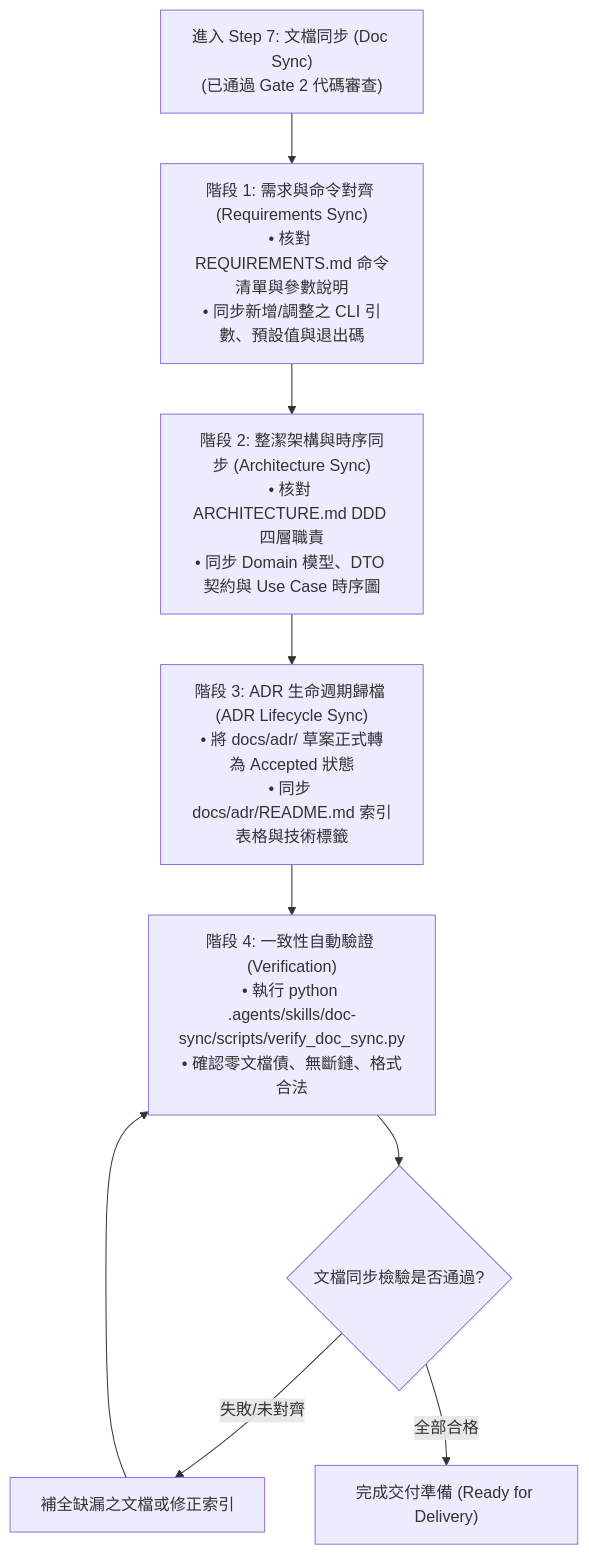
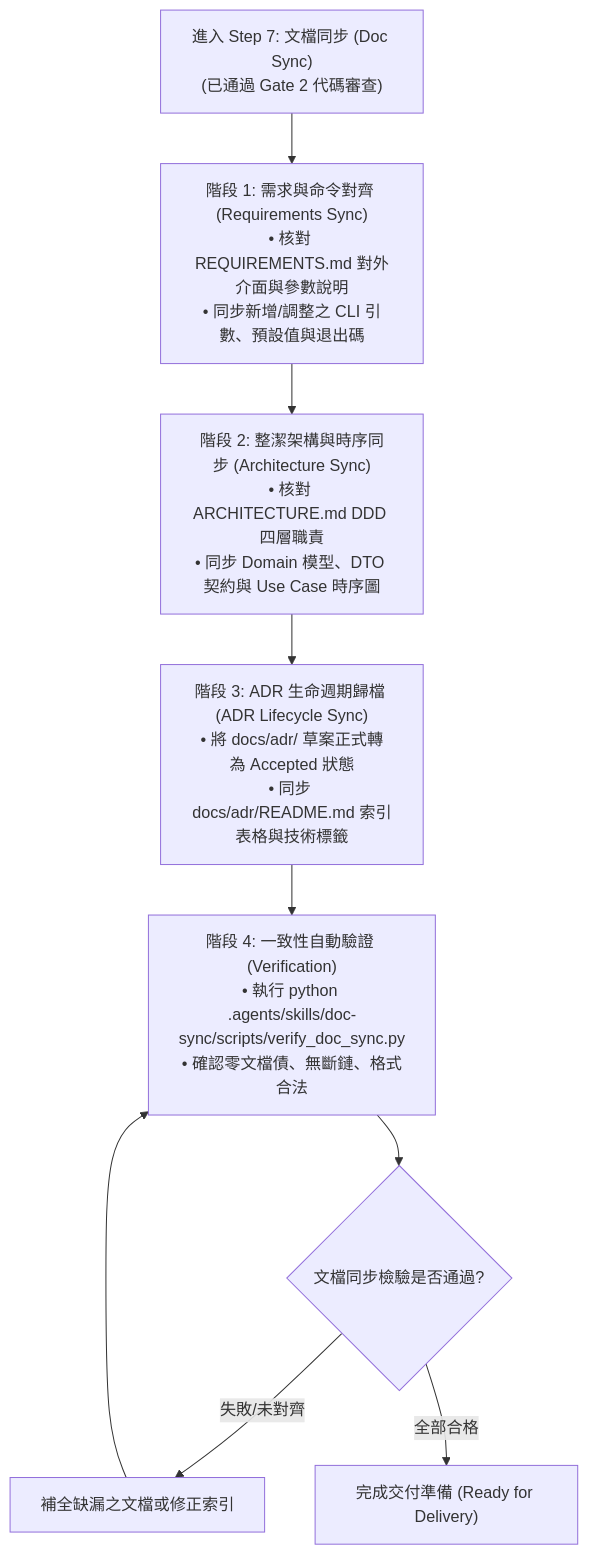
Before and after one commit to williamcccc/resume-transform-search: the diagram in .agents/skills/doc-sync/SKILL.md, drawn with Mermaid. The commit also changed other lines of this file and 12 other files, not shown here.

````diff
--- a/.agents/skills/doc-sync/SKILL.md
+++ b/.agents/skills/doc-sync/SKILL.md
@@ -17,15 +17,15 @@
 ```mermaid
 flowchart TD
-    Start["進入 Step 7: 文檔同步 (Doc Sync)<br>(已通過 Gate 2 代碼審查)"] --> Phase1["階段 1: 需求與命令對齊 (Requirements Sync)<br>• 核對 REQUIREMENTS.md 命令清單與參數說明<br>• 同步新增/調整之 CLI 引數、預設值與退出碼"]
+    Start["進入 Step 7: 文檔同步 (Doc Sync)<br>(已通過 Gate 2 代碼審查)"] --> Phase1["階段 1: 需求與命令對齊 (Requirements Sync)<br>• 核對 REQUIREMENTS.md 對外介面與參數說明<br>• 同步新增/調整之 CLI 引數、預設值與退出碼"]
     
     Phase1 --> Phase2["階段 2: 整潔架構與時序同步 (Architecture Sync)<br>• 核對 ARCHITECTURE.md DDD 四層職責<br>• 同步 Domain 模型、DTO 契約與 Use Case 時序圖"]
     
     Phase2 --> Phase3["階段 3: ADR 生命週期歸檔 (ADR Lifecycle Sync)<br>• 將 docs/adr/ 草案正式轉為 Accepted 狀態<br>• 同步 docs/adr/README.md 索引表格與技術標籤"]
     
     Phase3 --> Phase4["階段 4: 一致性自動驗證 (Verification)<br>• 執行 python .agents/skills/doc-sync/scripts/verify_doc_sync.py<br>• 確認零文檔債、無斷鏈、格式合法"]
     
     Phase4 --> Check{"文檔同步檢驗是否通過?"}
     Check -->|"失敗/未對齊"| Fix["補全缺漏之文檔或修正索引"]
     Fix --> Phase4
     Check -->|"全部合格"| Done["完成交付準備 (Ready for Delivery)"]
 ```
````
